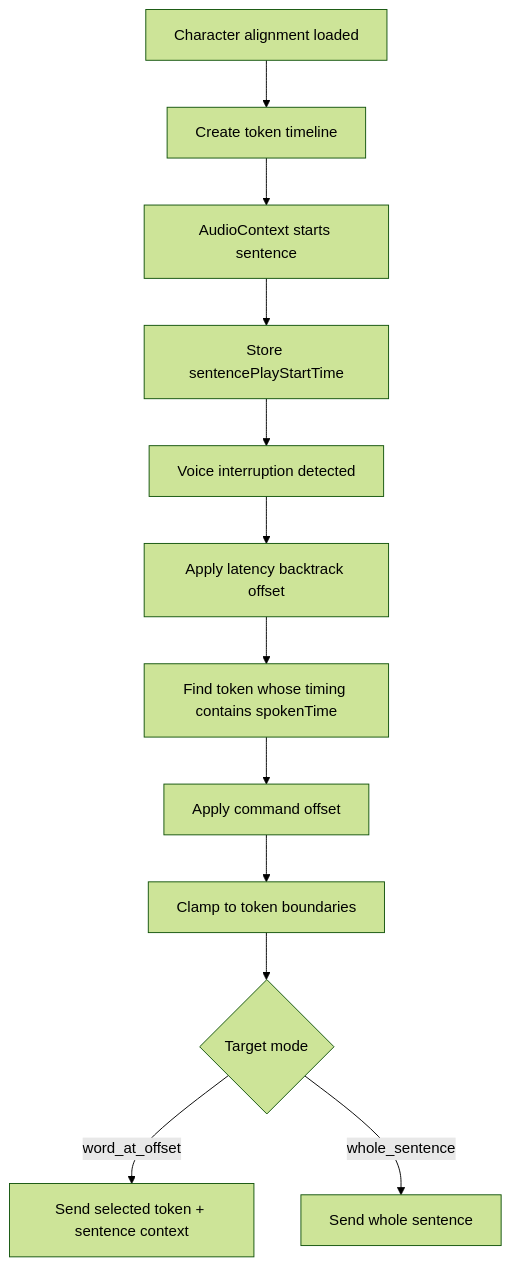
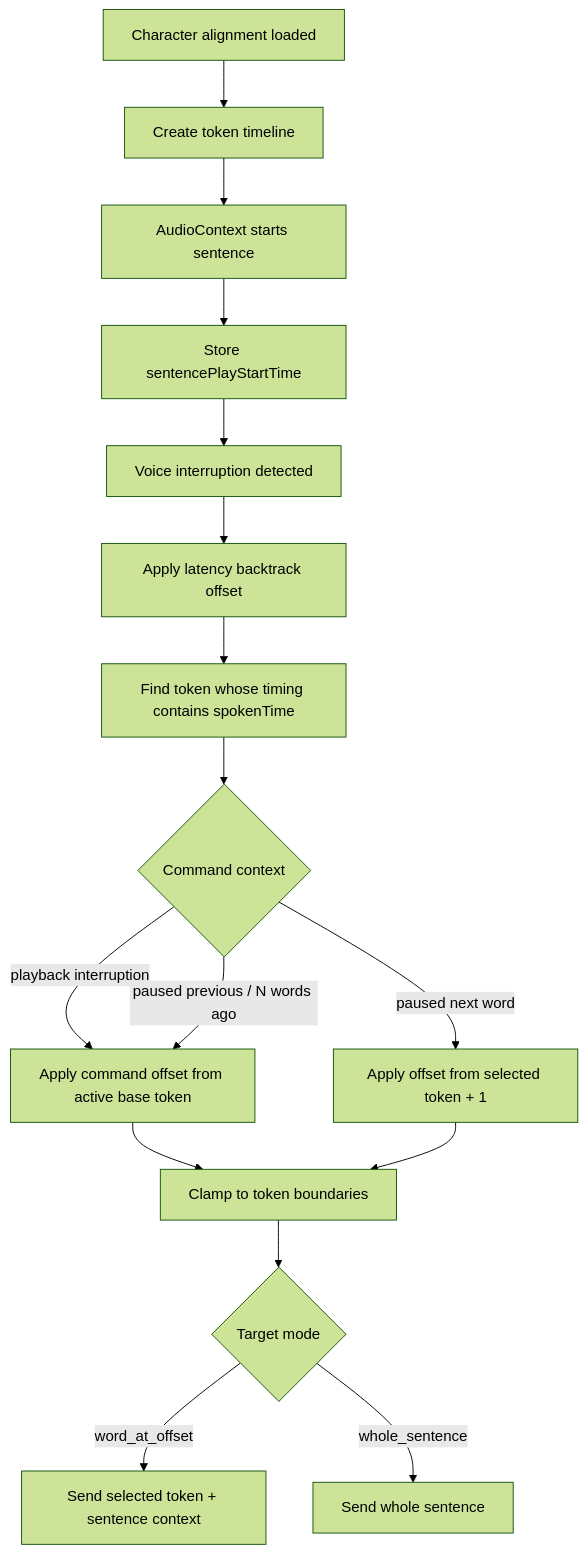
The second of 2 diagrams in docs/timed-word-selection.md (yc1838/LangStop), drawn with Mermaid (forest theme) before and after one commit. The commit also changed other lines of this file and 17 other files, not shown here.

````diff
--- a/docs/timed-word-selection.md
+++ b/docs/timed-word-selection.md
@@ -68,14 +68,18 @@
 ```mermaid
 flowchart TD
     A["Character alignment loaded"] --> B["Create token timeline"]
     B --> C["AudioContext starts sentence"]
     C --> D["Store sentencePlayStartTime"]
     D --> E["Voice interruption detected"]
     E --> F["Apply latency backtrack offset"]
     F --> G["Find token whose timing contains spokenTime"]
-    G --> H["Apply command offset"]
+    G --> M{"Command context"}
+    M -->|"playback interruption"| H["Apply command offset from active base token"]
+    M -->|"paused next word"| N["Apply offset from selected token + 1"]
+    M -->|"paused previous / N words ago"| H
     H --> I["Clamp to token boundaries"]
+    N --> I
     I --> J{"Target mode"}
     J -->|"word_at_offset"| K["Send selected token + sentence context"]
     J -->|"whole_sentence"| L["Send whole sentence"]
 ```
````
